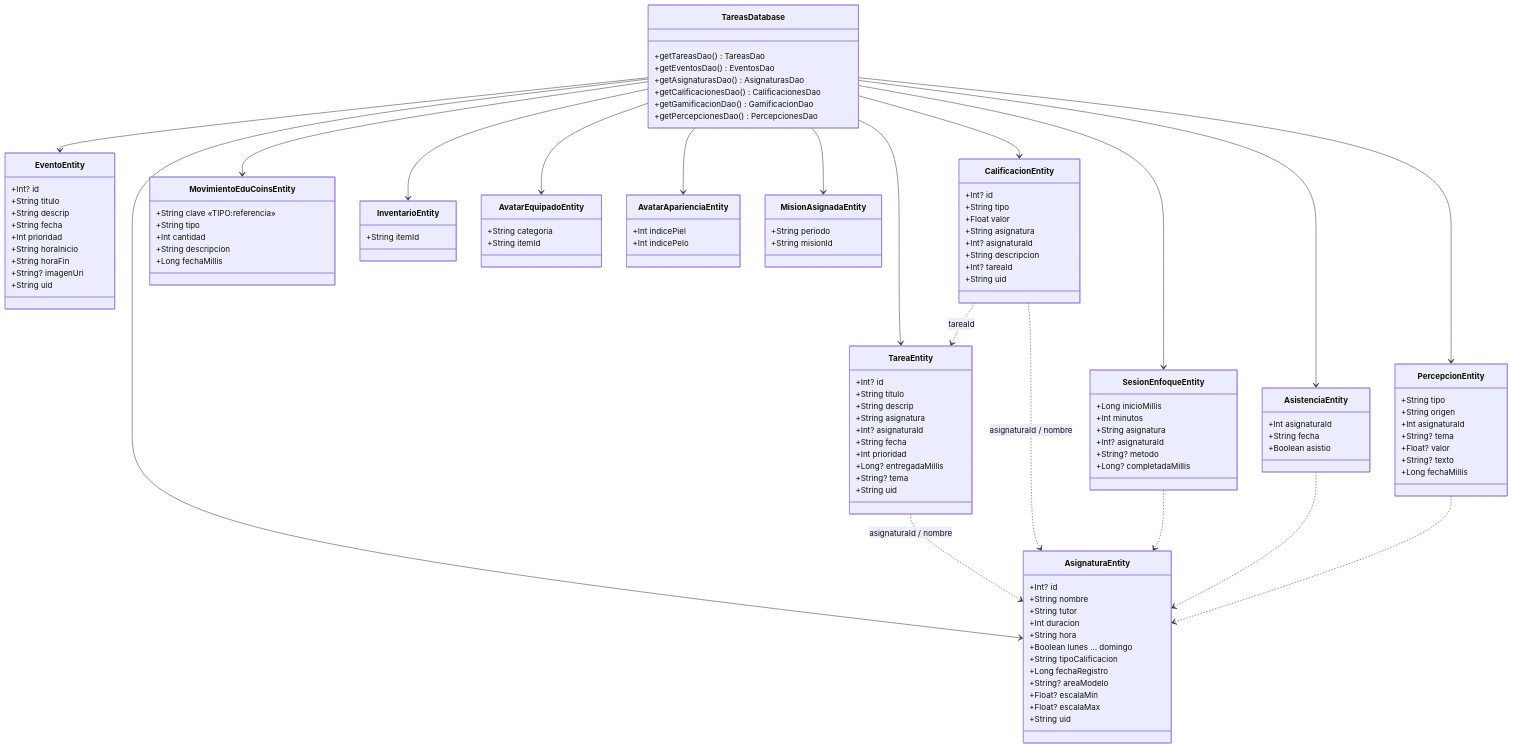
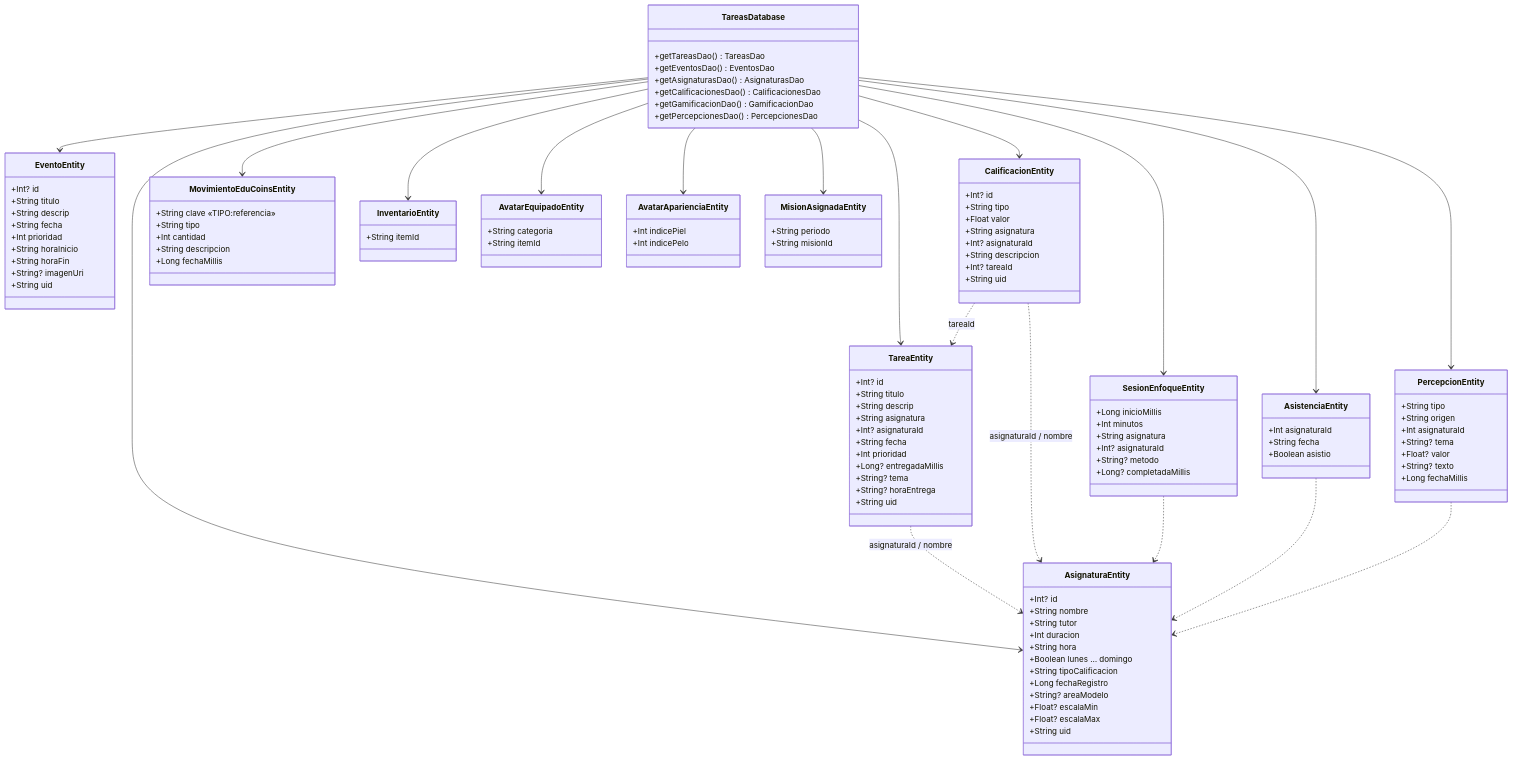
One commit to lauragodoy17/EduPlanner changed the first of 4 diagrams in EduPlanner_Class_Diagram.md. Above: the diagram before and after it, drawn with Mermaid. The commit also changed other lines of this file and 49 other files, not shown here.

```diff
--- a/EduPlanner_Class_Diagram.md
+++ b/EduPlanner_Class_Diagram.md
@@ -24,6 +24,7 @@
         +Int prioridad
         +Long? entregadaMillis
         +String? tema
+        +String? horaEntrega
         +String uid
     }
     class EventoEntity {
```
